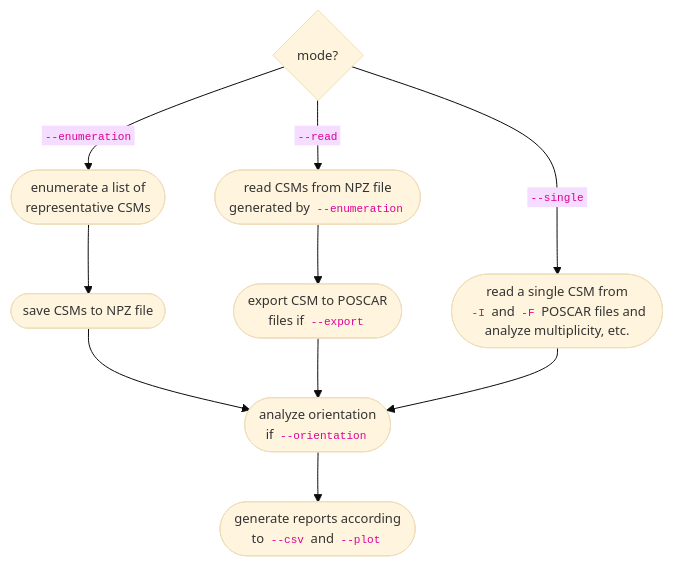
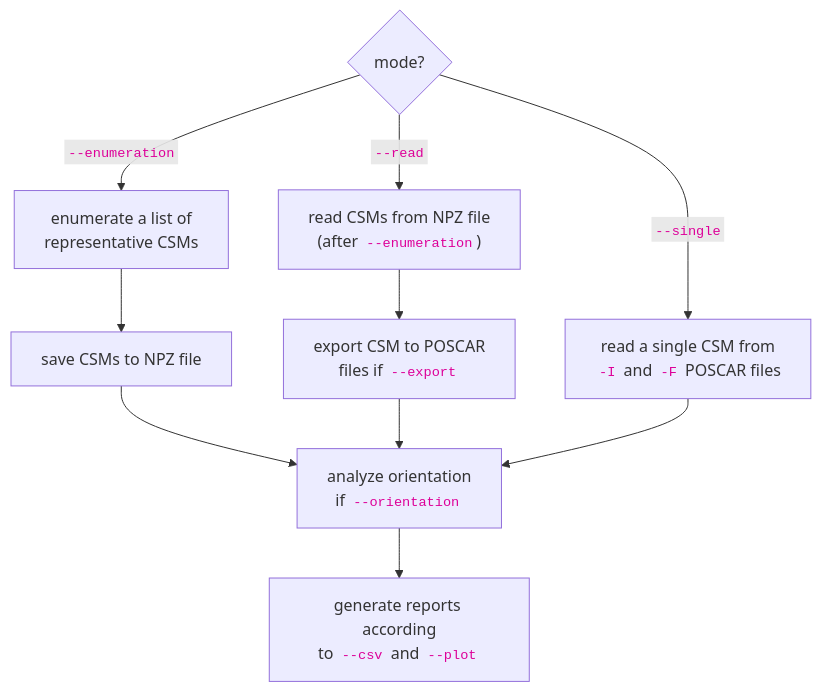
Before and after one commit to Fangcheng-Wang/crystmatch: the diagram in docs/cli.md, drawn with Mermaid.

Commit message:
Prettify mermaid chart

````diff
--- a/docs/cli.md
+++ b/docs/cli.md
@@ -3,21 +3,12 @@
 ``` mermaid
-%%{
-  init: {
-    'theme': 'base',
-    'themeVariables': {
-      'fontSize': '13px',
-      'fontFamily': 'Inter'
-    }
-  }
-}%%
 flowchart TD
-  A{mode?} --> |"<code style='color: #dd0099 !important; background-color: var(--md-code-bg-color); border-radius: .1rem; font-size: .85em; padding: 0 .2941176471em; word-break: break-word;'>--enumeration</code>"| B([enumerate a list of<br>representative CSMs]);
-  B --> E([save CSMs to NPZ file]);
+  A{mode?} --> |"<code style='color: #dd0099 !important; background-color: var(--md-code-bg-color); border-radius: .1rem; font-size: .85em; padding: 0 .2941176471em; word-break: break-word;'>--enumeration</code>"| B[enumerate a list of<br>representative CSMs];
+  B --> E[save CSMs to NPZ file];
   E --> F;
-  A --> |"<code style='color: #dd0099 !important; background-color: var(--md-code-bg-color); border-radius: .1rem; font-size: .85em; padding: 0 .2941176471em; word-break: break-word;'>--read</code>"| C(["read CSMs from NPZ file<br>generated by <code style='color: #dd0099 !important; background-color: var(--md-code-bg-color); border-radius: .1rem; font-size: .85em; padding: 0 .2941176471em; word-break: break-word;'>--enumeration</code>"]);
-  C --> G(["export CSM to POSCAR<br>files if <code style='color: #dd0099 !important; background-color: var(--md-code-bg-color); border-radius: .1rem; font-size: .85em; padding: 0 .2941176471em; word-break: break-word;'>--export</code>"]);
+  A --> |"<code style='color: #dd0099 !important; background-color: var(--md-code-bg-color); border-radius: .1rem; font-size: .85em; padding: 0 .2941176471em; word-break: break-word;'>--read</code>"| C["read CSMs from NPZ file<br>(after <code style='color: #dd0099 !important; background-color: var(--md-code-bg-color); border-radius: .1rem; font-size: .85em; padding: 0 .2941176471em; word-break: break-word;'>--enumeration</code>)"];
+  C --> G["export CSM to POSCAR<br>files if <code style='color: #dd0099 !important; background-color: var(--md-code-bg-color); border-radius: .1rem; font-size: .85em; padding: 0 .2941176471em; word-break: break-word;'>--export</code>"];
   G --> F;
-  A --> |"<code style='color: #dd0099 !important; background-color: var(--md-code-bg-color); border-radius: .1rem; font-size: .85em; padding: 0 .2941176471em; word-break: break-word;'>--single</code>"| D(["read a single CSM from<br><code style='color: #dd0099 !important; background-color: var(--md-code-bg-color); border-radius: .1rem; font-size: .85em; padding: 0 .2941176471em; word-break: break-word;'>-I</code> and <code style='color: #dd0099 !important; background-color: var(--md-code-bg-color); border-radius: .1rem; font-size: .85em; padding: 0 .2941176471em; word-break: break-word;'>-F</code> POSCAR files and<br>analyze multiplicity, etc."]);
-  D --> F(["analyze orientation<br>if <code style='color: #dd0099 !important; background-color: var(--md-code-bg-color); border-radius: .1rem; font-size: .85em; padding: 0 .2941176471em; word-break: break-word;'>--orientation</code>"]);
-  F --> I(["generate reports according<br>to <code style='color: #dd0099 !important; background-color: var(--md-code-bg-color); border-radius: .1rem; font-size: .85em; padding: 0 .2941176471em; word-break: break-word;'>--csv</code> and <code style='color: #dd0099 !important; background-color: var(--md-code-bg-color); border-radius: .1rem; font-size: .85em; padding: 0 .2941176471em; word-break: break-word;'>--plot</code>"]);
+  A --> |"<code style='color: #dd0099 !important; background-color: var(--md-code-bg-color); border-radius: .1rem; font-size: .85em; padding: 0 .2941176471em; word-break: break-word;'>--single</code>"| D["read a single CSM from<br><code style='color: #dd0099 !important; background-color: var(--md-code-bg-color); border-radius: .1rem; font-size: .85em; padding: 0 .2941176471em; word-break: break-word;'>-I</code> and <code style='color: #dd0099 !important; background-color: var(--md-code-bg-color); border-radius: .1rem; font-size: .85em; padding: 0 .2941176471em; word-break: break-word;'>-F</code> POSCAR files"];
+  D --> F["analyze orientation<br>if <code style='color: #dd0099 !important; background-color: var(--md-code-bg-color); border-radius: .1rem; font-size: .85em; padding: 0 .2941176471em; word-break: break-word;'>--orientation</code>"];
+  F --> I["generate reports according<br>to <code style='color: #dd0099 !important; background-color: var(--md-code-bg-color); border-radius: .1rem; font-size: .85em; padding: 0 .2941176471em; word-break: break-word;'>--csv</code> and <code style='color: #dd0099 !important; background-color: var(--md-code-bg-color); border-radius: .1rem; font-size: .85em; padding: 0 .2941176471em; word-break: break-word;'>--plot</code>"];
 ```
````
